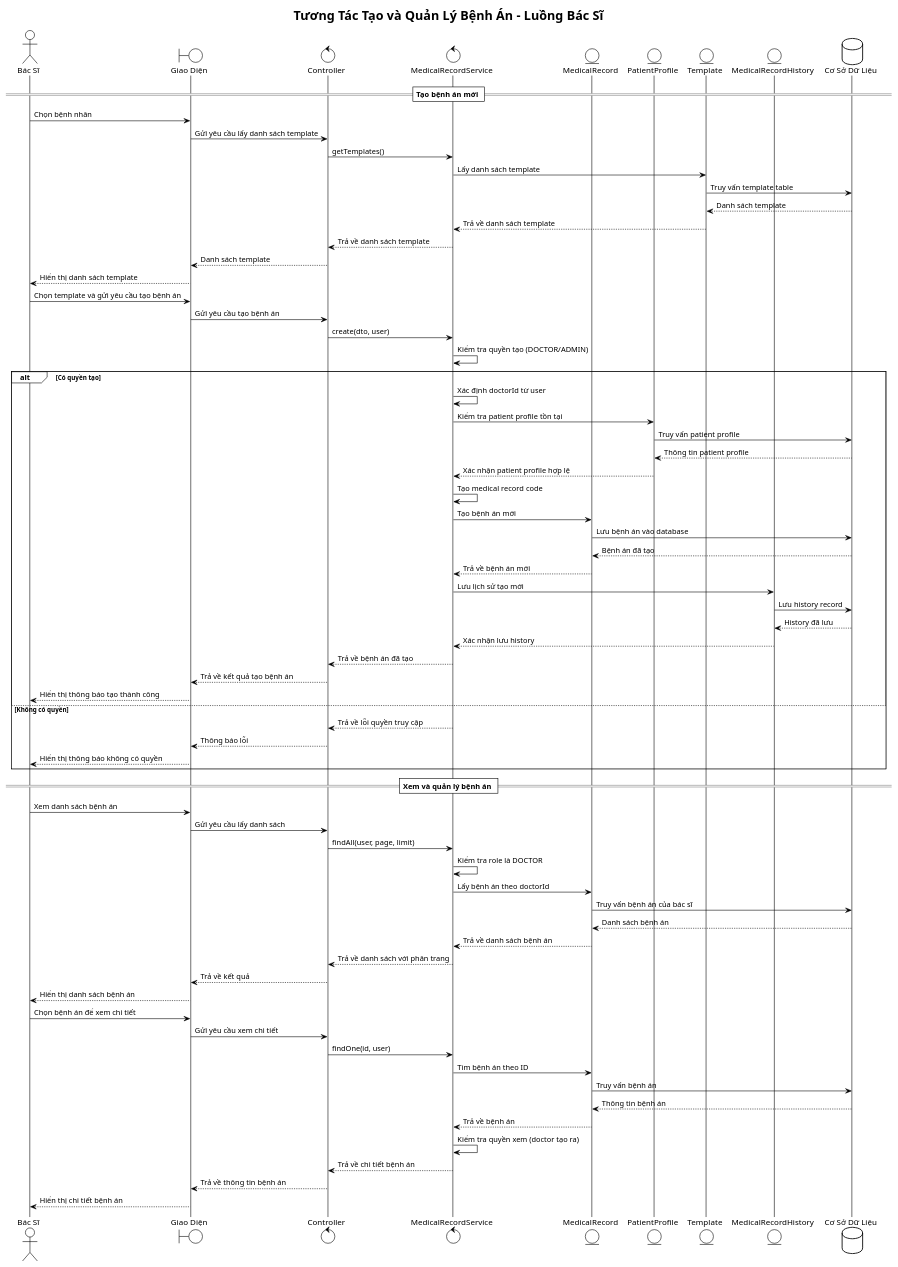
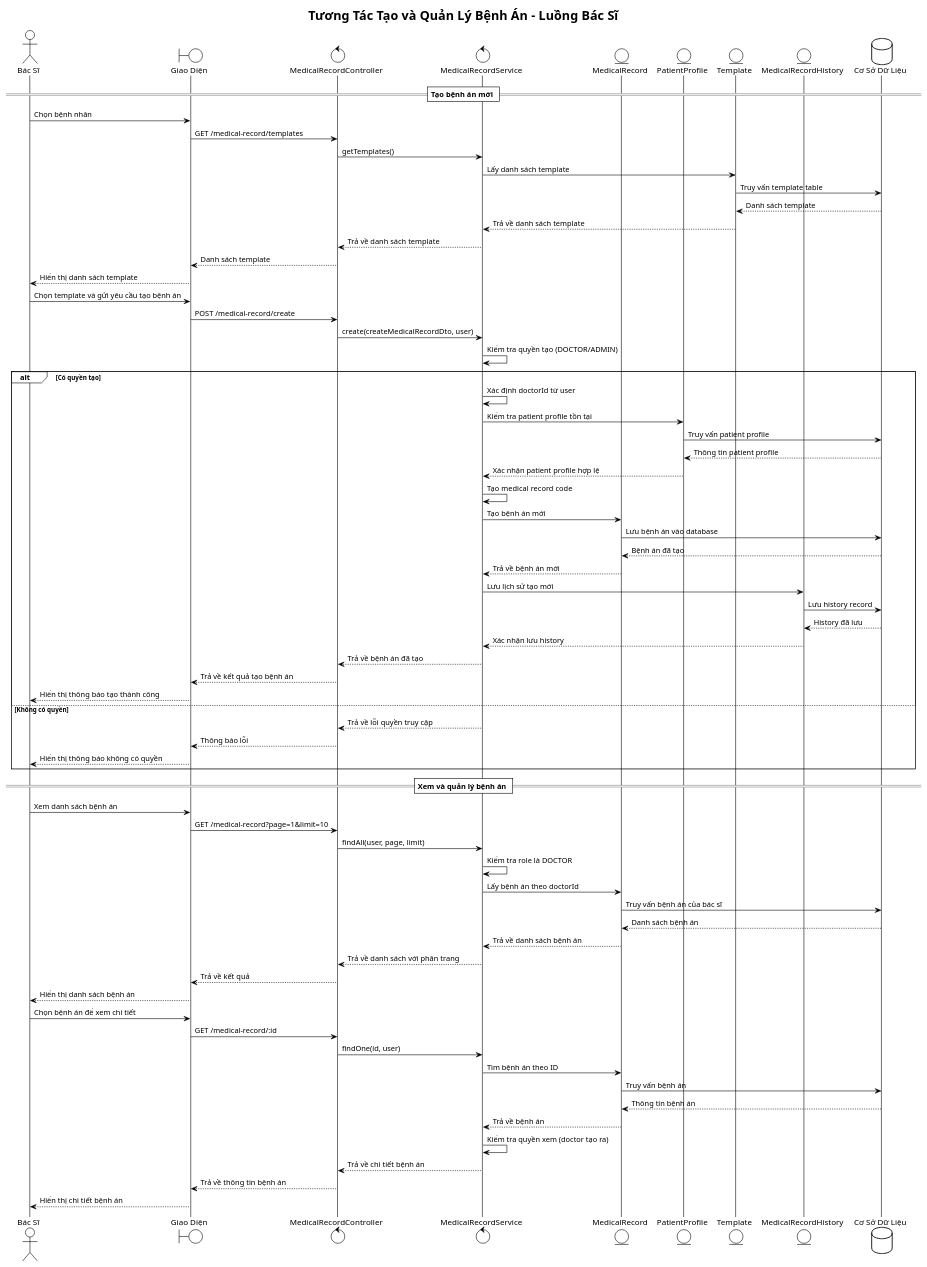
One commit to iamKhang/revita-be changed the diagram in docs/medical-record-sequence.puml. Above: the diagram before and after it, drawn with PlantUML. The commit also changed 7 other files, not shown here.

Commit message:
Update sequence diagram

```diff
--- a/docs/medical-record-sequence.puml
+++ b/docs/medical-record-sequence.puml
@@ -1,88 +1,88 @@
 @startuml Medical Record Sequence Diagram
 !theme plain
 title Tương Tác Tạo và Quản Lý Bệnh Án - Luồng Bác Sĩ
 
 actor "Bác Sĩ" as D
 boundary "Giao Diện" as F
-control "Controller" as C
+control "MedicalRecordController" as C
 control "MedicalRecordService" as M
 entity "MedicalRecord" as MR
 entity "PatientProfile" as PP
 entity "Template" as T
 entity "MedicalRecordHistory" as MRH
 database "Cơ Sở Dữ Liệu" as DB
 
 == Tạo bệnh án mới ==
 
 D -> F: Chọn bệnh nhân
-F -> C: Gửi yêu cầu lấy danh sách template
+F -> C: GET /medical-record/templates
 C -> M: getTemplates()
 M -> T: Lấy danh sách template
 T -> DB: Truy vấn template table
 DB --> T: Danh sách template
 T --> M: Trả về danh sách template
 M --> C: Trả về danh sách template
 C --> F: Danh sách template
 F --> D: Hiển thị danh sách template
 
 D -> F: Chọn template và gửi yêu cầu tạo bệnh án
-F -> C: Gửi yêu cầu tạo bệnh án
-C -> M: create(dto, user)
+F -> C: POST /medical-record/create
+C -> M: create(createMedicalRecordDto, user)
 M -> M: Kiểm tra quyền tạo (DOCTOR/ADMIN)
 
 alt Có quyền tạo
   M -> M: Xác định doctorId từ user
   M -> PP: Kiểm tra patient profile tồn tại
   PP -> DB: Truy vấn patient profile
   DB --> PP: Thông tin patient profile
   PP --> M: Xác nhận patient profile hợp lệ
   
   M -> M: Tạo medical record code
   M -> MR: Tạo bệnh án mới
   MR -> DB: Lưu bệnh án vào database
   DB --> MR: Bệnh án đã tạo
   MR --> M: Trả về bệnh án mới
   
   M -> MRH: Lưu lịch sử tạo mới
   MRH -> DB: Lưu history record
   DB --> MRH: History đã lưu
   MRH --> M: Xác nhận lưu history
   
   M --> C: Trả về bệnh án đã tạo
   C --> F: Trả về kết quả tạo bệnh án
   F --> D: Hiển thị thông báo tạo thành công
   
 else Không có quyền
   M --> C: Trả về lỗi quyền truy cập
   C --> F: Thông báo lỗi
   F --> D: Hiển thị thông báo không có quyền
 end
 
 == Xem và quản lý bệnh án ==
 
 D -> F: Xem danh sách bệnh án
-F -> C: Gửi yêu cầu lấy danh sách
+F -> C: GET /medical-record?page=1&limit=10
 C -> M: findAll(user, page, limit)
 M -> M: Kiểm tra role là DOCTOR
 M -> MR: Lấy bệnh án theo doctorId
 MR -> DB: Truy vấn bệnh án của bác sĩ
 DB --> MR: Danh sách bệnh án
 MR --> M: Trả về danh sách bệnh án
 M --> C: Trả về danh sách với phân trang
 C --> F: Trả về kết quả
 F --> D: Hiển thị danh sách bệnh án
 
 D -> F: Chọn bệnh án để xem chi tiết
-F -> C: Gửi yêu cầu xem chi tiết
+F -> C: GET /medical-record/:id
 C -> M: findOne(id, user)
 M -> MR: Tìm bệnh án theo ID
 MR -> DB: Truy vấn bệnh án
 DB --> MR: Thông tin bệnh án
 MR --> M: Trả về bệnh án
 M -> M: Kiểm tra quyền xem (doctor tạo ra)
 M --> C: Trả về chi tiết bệnh án
 C --> F: Trả về thông tin bệnh án
 F --> D: Hiển thị chi tiết bệnh án
 
 
 @enduml
```
